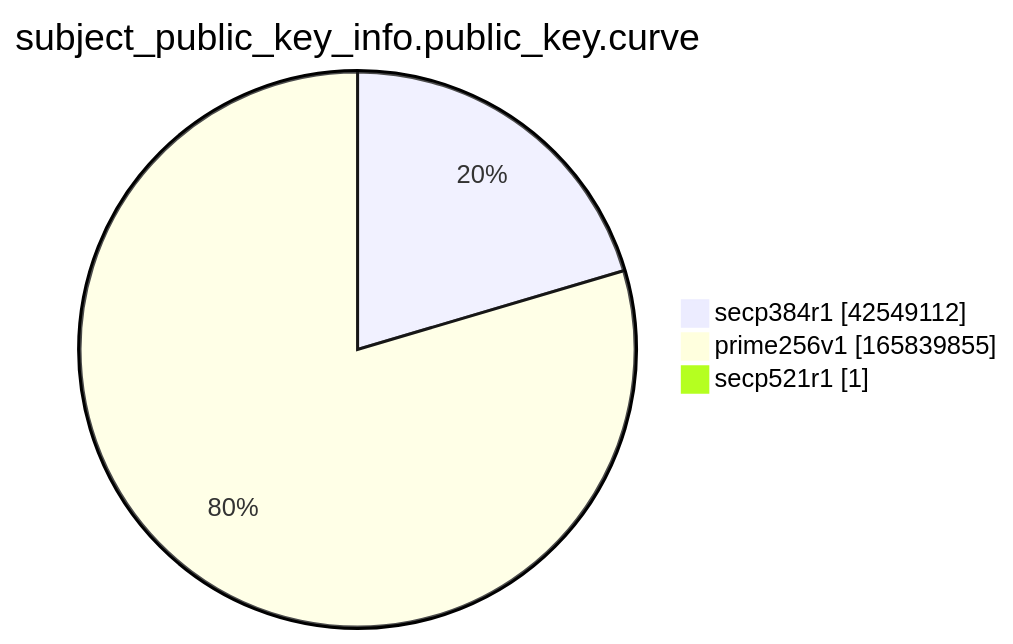
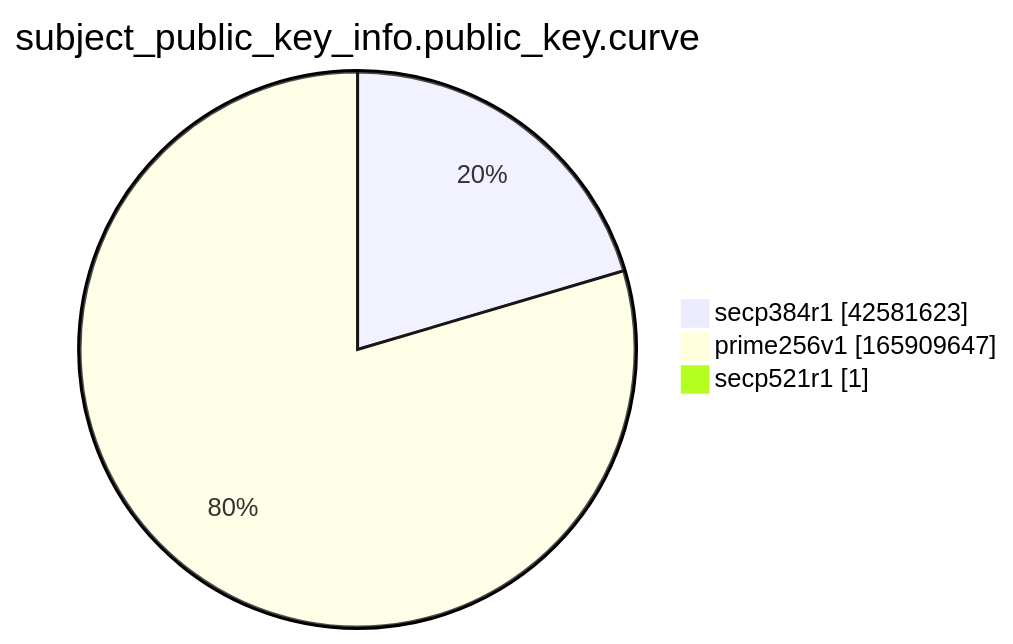
Before and after one commit to christiankrug/ctmonitor_visualization: the ninth of 15 diagrams in xenon2022/README.md, drawn with Mermaid. The commit also changed other lines of this file, not shown here.

````diff
--- a/xenon2022/README.md
+++ b/xenon2022/README.md
@@ -2869,7 +2869,7 @@
 ```mermaid
 pie showData
 title subject_public_key_info.public_key.curve
-"secp384r1" :42549112
-"prime256v1" :165839855
+"secp384r1" :42581623
+"prime256v1" :165909647
 "secp521r1" :1
 ```
````
